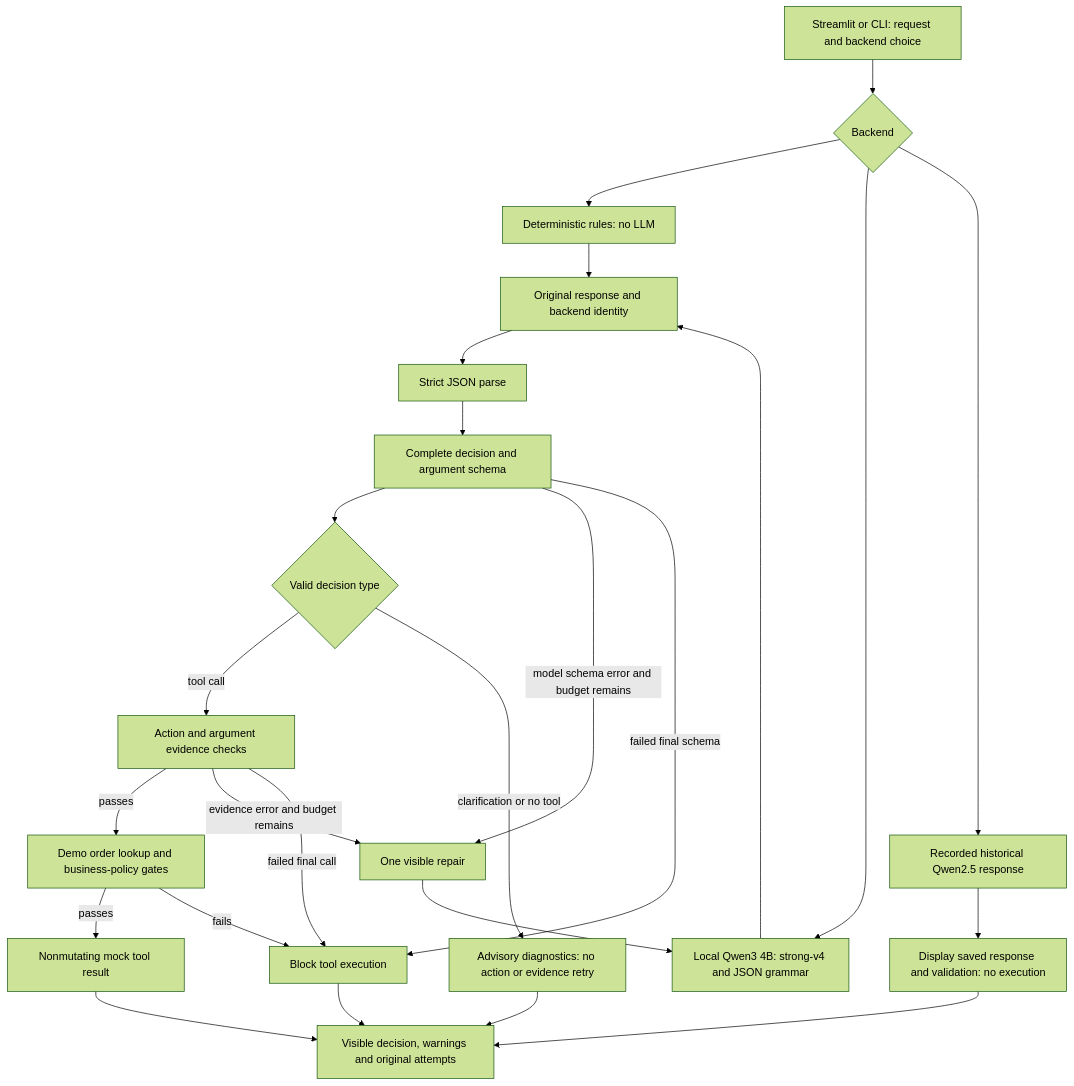
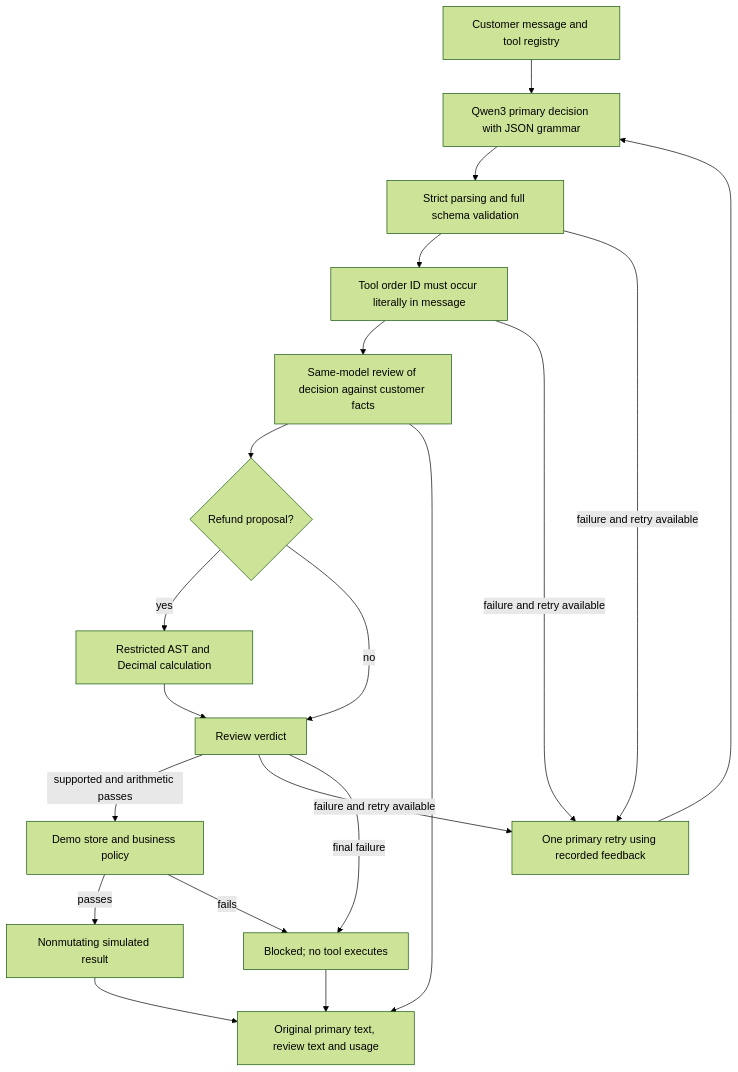
One commit to manjunadhgude/TuneBench changed the diagram in docs/architecture.md. Above: the diagram before and after it, drawn with Mermaid (forest theme). The commit also changed other lines of this file and 41 other files, not shown here.

````diff
--- a/docs/architecture.md
+++ b/docs/architecture.md
@@ -9,27 +8,22 @@
 ```mermaid
 flowchart TD
-    UI[Streamlit or CLI: request and backend choice] --> Router{Backend}
-    Router --> Rules[Deterministic rules: no LLM]
-    Router --> Qwen[Local Qwen3 4B: strong-v4 and JSON grammar]
-    Router --> Replay[Recorded historical Qwen2.5 response]
-    Rules --> Raw[Original response and backend identity]
-    Qwen --> Raw
-    Replay --> Recorded[Display saved response and validation: no execution]
-    Recorded --> Trace
-    Raw --> Parse[Strict JSON parse]
-    Parse --> Validate[Complete decision and argument schema]
-    Validate --> Kind{Valid decision type}
-    Validate -->|model schema error and budget remains| Repair[One visible repair]
-    Kind -->|tool call| Ground[Action and argument evidence checks]
-    Kind -->|clarification or no tool| Advisory[Advisory diagnostics: no action or evidence retry]
-    Ground -->|passes| Policy[Demo order lookup and business-policy gates]
-    Ground -->|evidence error and budget remains| Repair
-    Repair --> Qwen
-    Ground -->|failed final call| Block[Block tool execution]
-    Validate -->|failed final schema| Block
-    Policy -->|passes| Execute[Nonmutating mock tool result]
+    Request[Customer message and tool registry] --> Primary[Qwen3 primary decision with JSON grammar]
+    Primary --> Contract[Strict parsing and full schema validation]
+    Contract --> Literal[Tool order ID must occur literally in message]
+    Literal --> Review[Same-model review of decision against customer facts]
+    Review --> Amount{Refund proposal?}
+    Amount -->|yes| Calc[Restricted AST and Decimal calculation]
+    Amount -->|no| Verdict[Review verdict]
+    Calc --> Verdict
+    Verdict -->|supported and arithmetic passes| Policy[Demo store and business policy]
+    Verdict -->|failure and retry available| Retry[One primary retry using recorded feedback]
+    Contract -->|failure and retry available| Retry
+    Literal -->|failure and retry available| Retry
+    Retry --> Primary
+    Verdict -->|final failure| Block[Blocked; no tool executes]
+    Policy -->|passes| Mock[Nonmutating simulated result]
     Policy -->|fails| Block
-    Advisory --> Trace[Visible decision, warnings and original attempts]
-    Execute --> Trace
+    Review --> Trace[Original primary text, review text and usage]
+    Mock --> Trace
     Block --> Trace
 ```
````
